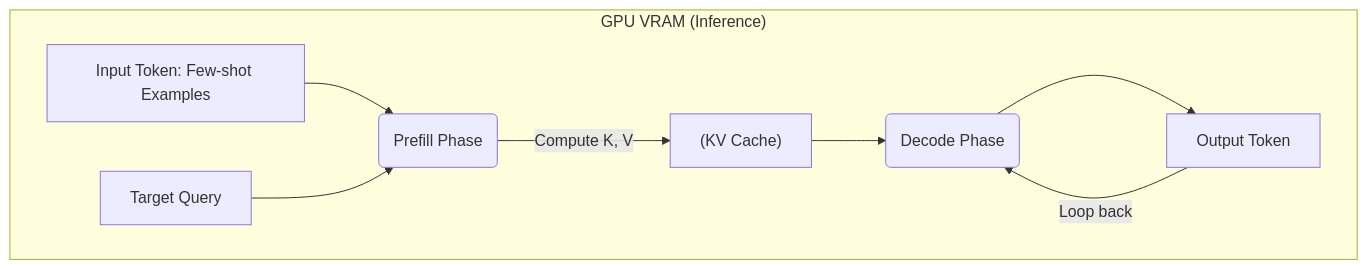
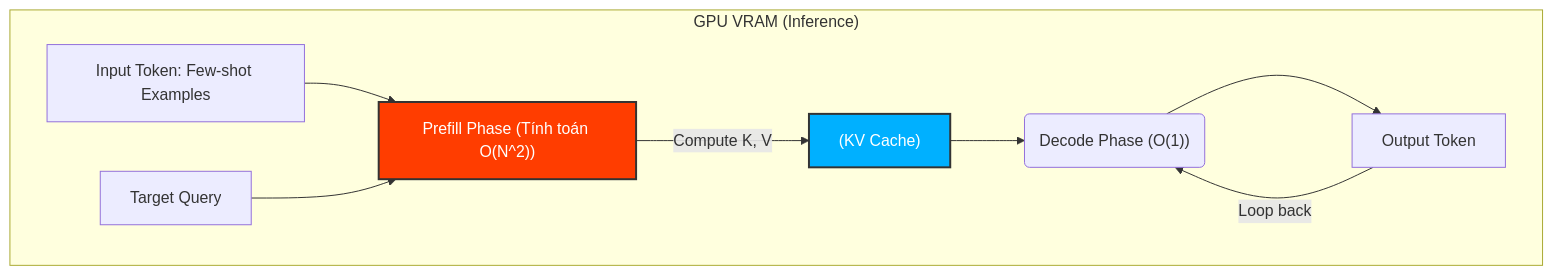
The first of 2 diagrams in src/content/docs/concepts/9-genai-machine-learning/few-shot.md (kythuatdulieu/kythuatdulieu.github.io), drawn with Mermaid before and after one commit. The commit also changed other lines of this file and 228 other files, not shown here.

Commit message:
Fix syntax and rewrite 200+ concepts docs to deep-dive system architecture and add GA4 tracking to quiz app

````diff
--- a/src/content/docs/concepts/9-genai-machine-learning/few-shot.md
+++ b/src/content/docs/concepts/9-genai-machine-learning/few-shot.md
@@ -29,11 +24,13 @@
 ```mermaid
 graph TD
     subgraph "GPU VRAM (Inference)"
-        A["Input Token: Few-shot Examples"] --> B("Prefill Phase")
+        A["Input Token: Few-shot Examples"] --> B["Prefill Phase (Tính toán O(N^2))"]
         B -->|Compute K, V| C["(KV Cache)"]
         D["Target Query"] --> B
-        C --> E("Decode Phase")
+        C --> E("Decode Phase (O(1))")
         E --> F["Output Token"]
         F -->|Loop back| E
     end
+    style B fill:#FF3D00,stroke:#333,stroke-width:2px,color:#fff
+    style C fill:#00B0FF,stroke:#333,stroke-width:2px,color:#fff
 ```
````
